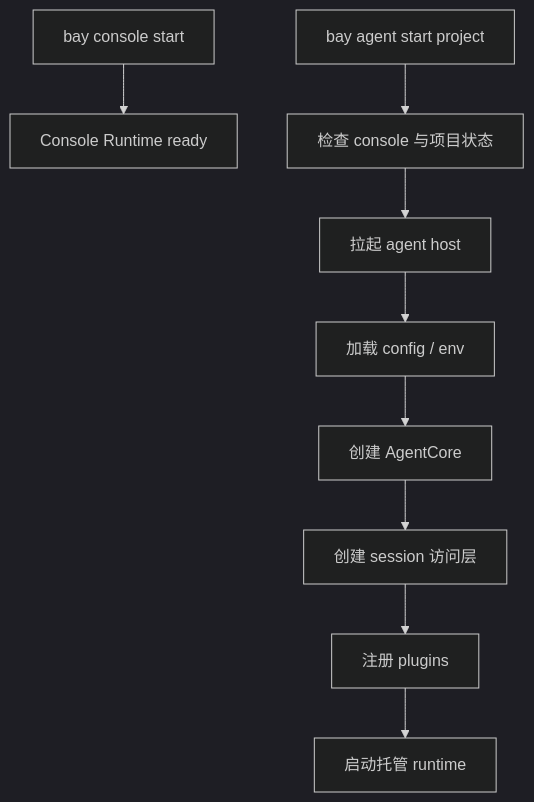
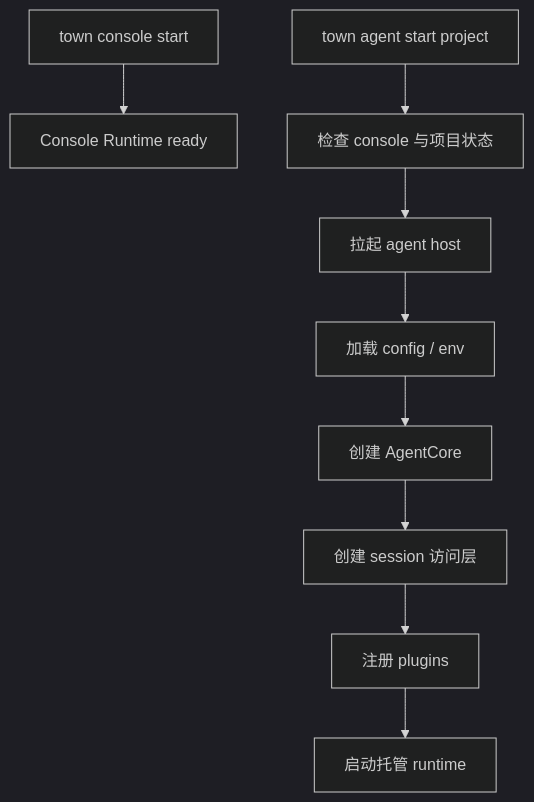
One commit to wangenius/downcity changed the second of 2 diagrams in homepage/content/devdocs/zh/session/console-and-session-runtime.mdx. Above: the diagram before and after it, drawn with Mermaid (dark theme). The commit also changed 1247 other files, not shown here.

````diff
--- a/homepage/content/devdocs/zh/session/console-and-session-runtime.mdx
+++ b/homepage/content/devdocs/zh/session/console-and-session-runtime.mdx
@@ -108,11 +108,11 @@
 ```mermaid
 flowchart TD
-  A["bay console start"] --> B["Console Runtime ready"]
-  C["bay agent start project"] --> D["检查 console 与项目状态"]
+  A["town console start"] --> B["Console Runtime ready"]
+  C["town agent start project"] --> D["检查 console 与项目状态"]
   D --> E["拉起 agent host"]
   E --> F["加载 config / env"]
   F --> G["创建 AgentCore"]
   G --> H["创建 session 访问层"]
   H --> I["注册 plugins"]
   I --> J["启动托管 runtime"]
 ```
````
